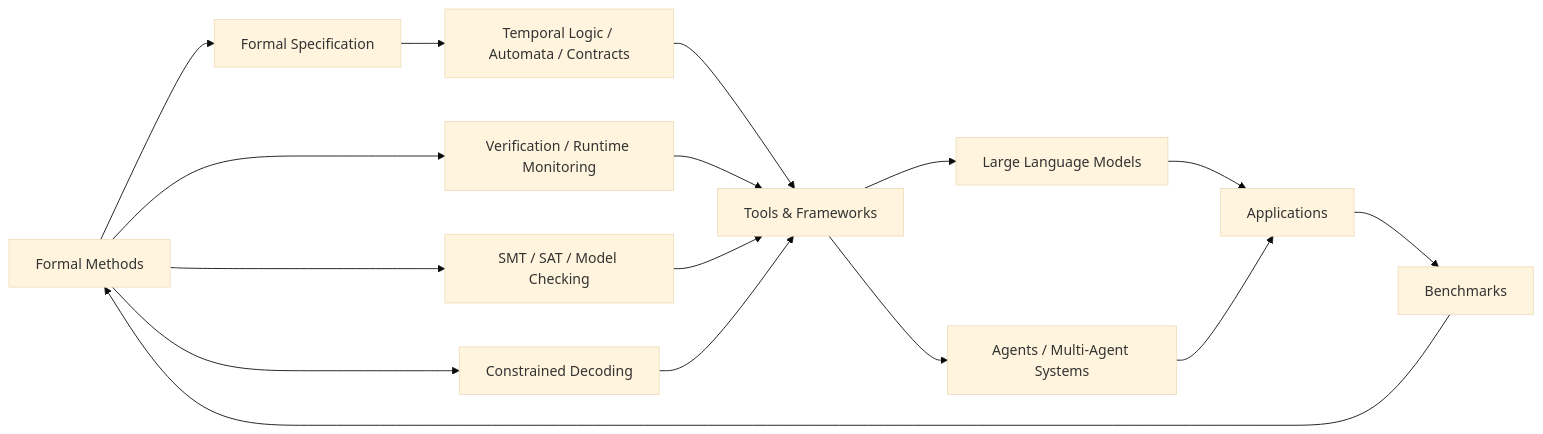
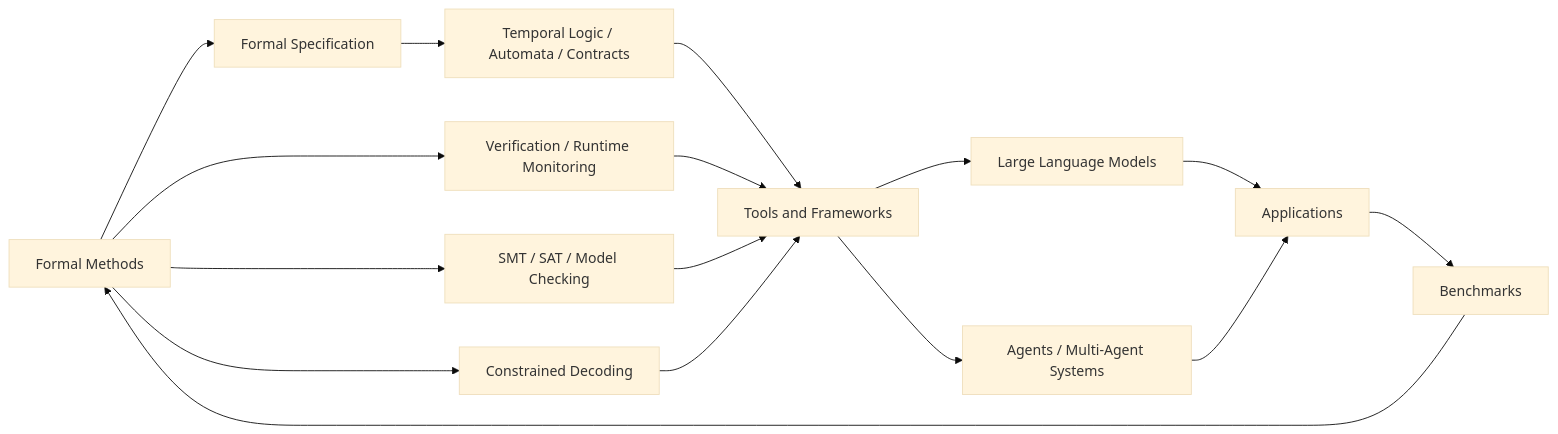
Before and after one commit to scnu-kevinkong/awesome-formal-llm-agents: the second of 2 diagrams in README.md, drawn with Mermaid (base theme). The commit also changed other lines of this file, not shown here.

````diff
--- a/README.md
+++ b/README.md
@@ -62,32 +56,32 @@
 ```mermaid
 flowchart LR
     FM[Formal Methods]
     SPEC[Formal Specification]
     LOGIC[Temporal Logic / Automata / Contracts]
     VERIFY[Verification / Runtime Monitoring]
     SOLVER[SMT / SAT / Model Checking]
     DECODE[Constrained Decoding]
     LLM[Large Language Models]
     AGENT[Agents / Multi-Agent Systems]
-    TOOLS[Tools & Frameworks]
+    TOOLS[Tools and Frameworks]
     APP[Applications]
     BENCH[Benchmarks]
 
     FM --> SPEC
     FM --> VERIFY
     FM --> SOLVER
     FM --> DECODE
 
     SPEC --> LOGIC
     LOGIC --> TOOLS
     VERIFY --> TOOLS
     SOLVER --> TOOLS
     DECODE --> TOOLS
 
     TOOLS --> LLM
     TOOLS --> AGENT
     LLM --> APP
     AGENT --> APP
     APP --> BENCH
     BENCH --> FM
 ```
````
